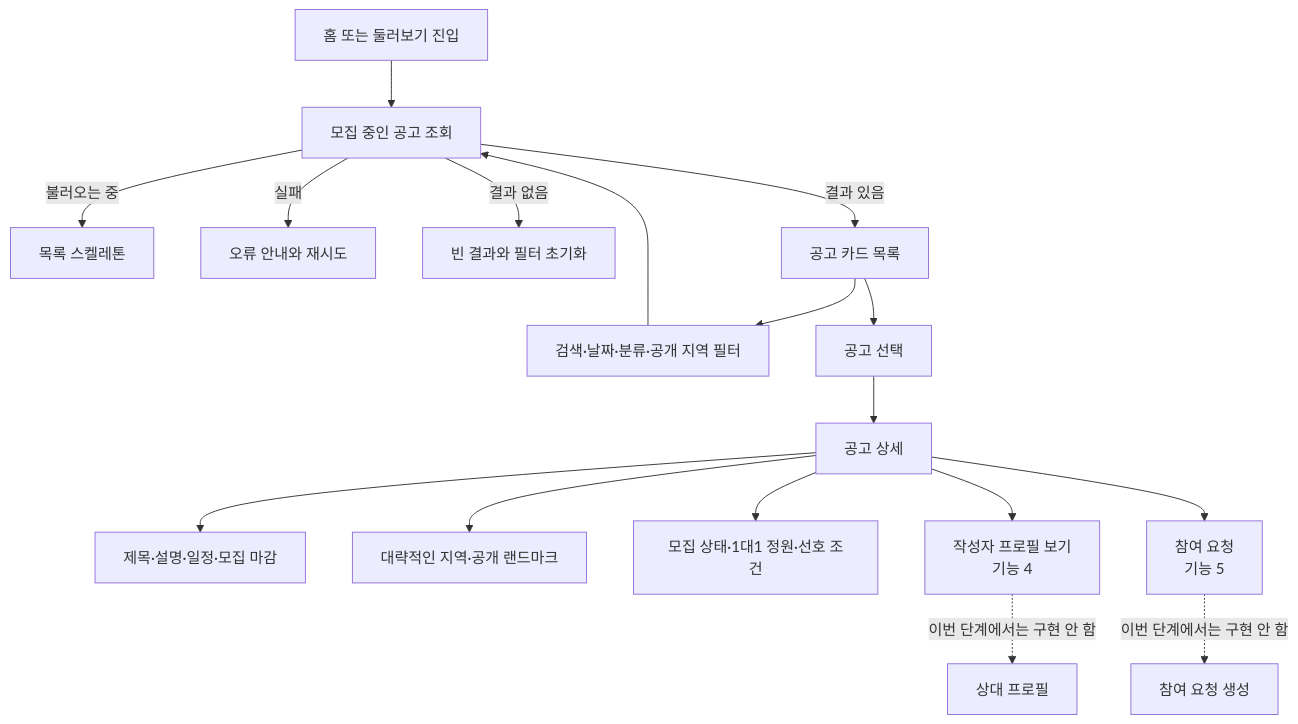
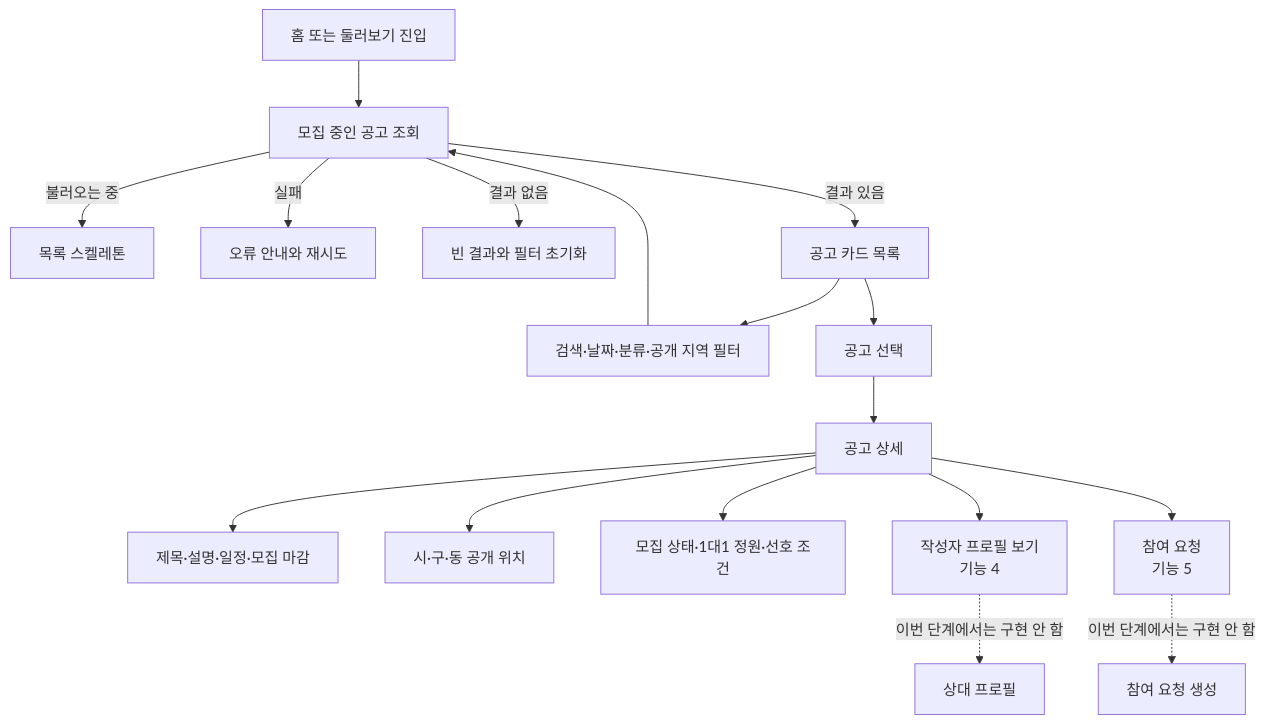
The first of 3 diagrams in docs/backend-plans/03-browse-posts.md (jjackbb/yumidang), drawn with Mermaid before and after one commit. The commit also changed other lines of this file and 6 other files, not shown here.

````diff
--- a/docs/backend-plans/03-browse-posts.md
+++ b/docs/backend-plans/03-browse-posts.md
@@ -13,22 +13,22 @@
 ```mermaid
 flowchart TD
     A[홈 또는 둘러보기 진입] --> B[모집 중인 공고 조회]
     B -->|불러오는 중| C[목록 스켈레톤]
     B -->|실패| D[오류 안내와 재시도]
     B -->|결과 없음| E[빈 결과와 필터 초기화]
     B -->|결과 있음| F[공고 카드 목록]
 
     F --> G[검색·날짜·분류·공개 지역 필터]
     G --> B
     F --> H[공고 선택]
     H --> I[공고 상세]
 
     I --> J[제목·설명·일정·모집 마감]
-    I --> K[대략적인 지역·공개 랜드마크]
+    I --> K[시·구·동 공개 위치]
     I --> L[모집 상태·1대1 정원·선호 조건]
     I --> M[작성자 프로필 보기<br/>기능 4]
     I --> N[참여 요청<br/>기능 5]
 
     M -. 이번 단계에서는 구현 안 함 .-> O[상대 프로필]
     N -. 이번 단계에서는 구현 안 함 .-> P[참여 요청 생성]
 ```
````
